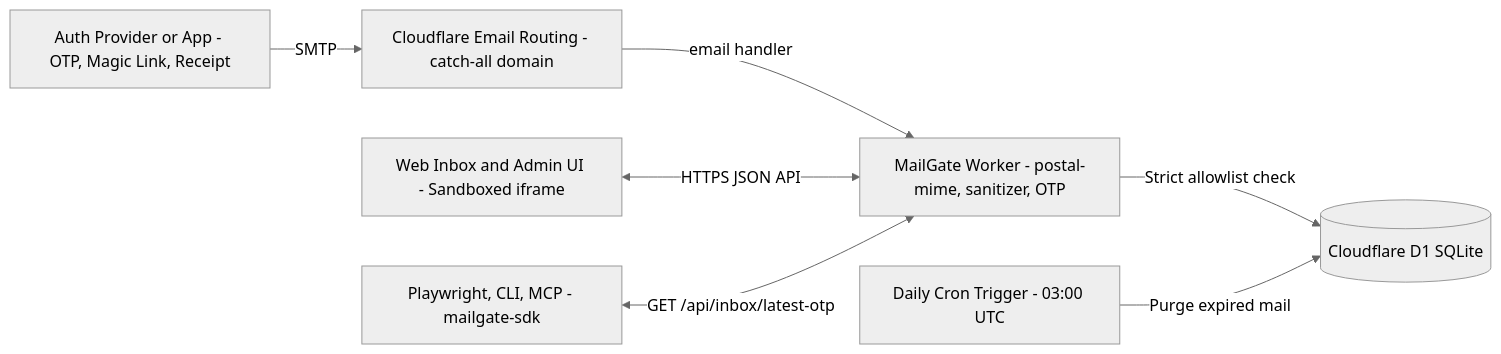
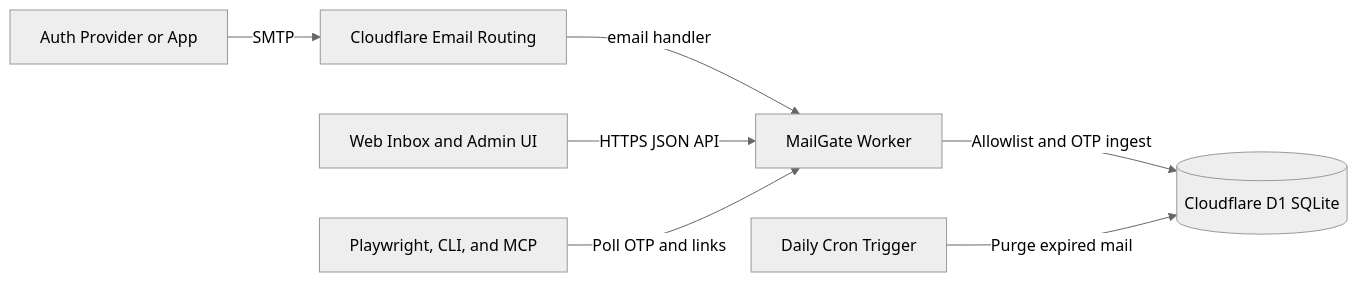
The diagram in README.md (Dicka18/mailgate), drawn with Mermaid (neutral theme) before and after one commit.

Commit message:
docs: simplify Mermaid arrows and labels for GitHub renderer compatibility

````diff
--- a/README.md
+++ b/README.md
@@ -33,9 +33,9 @@
 ```mermaid
 flowchart LR
-  Sender["Auth Provider or App - OTP, Magic Link, Receipt"] -->|SMTP| CF["Cloudflare Email Routing - catch-all domain"]
-  CF -->|email handler| Worker["MailGate Worker - postal-mime, sanitizer, OTP"]
-  Worker -->|Strict allowlist check| D1[("Cloudflare D1 SQLite")]
-  Cron["Daily Cron Trigger - 03:00 UTC"] -->|Purge expired mail| D1
-  Browser["Web Inbox and Admin UI - Sandboxed iframe"] <-->|HTTPS JSON API| Worker
-  E2E["Playwright, CLI, MCP - mailgate-sdk"] <-->|GET /api/inbox/latest-otp| Worker
+  Sender["Auth Provider or App"] -->|SMTP| CF["Cloudflare Email Routing"]
+  CF -->|email handler| Worker["MailGate Worker"]
+  Worker -->|Allowlist and OTP ingest| D1[("Cloudflare D1 SQLite")]
+  Cron["Daily Cron Trigger"] -->|Purge expired mail| D1
+  Browser["Web Inbox and Admin UI"] -->|HTTPS JSON API| Worker
+  E2E["Playwright, CLI, and MCP"] -->|Poll OTP and links| Worker
 ```
````
